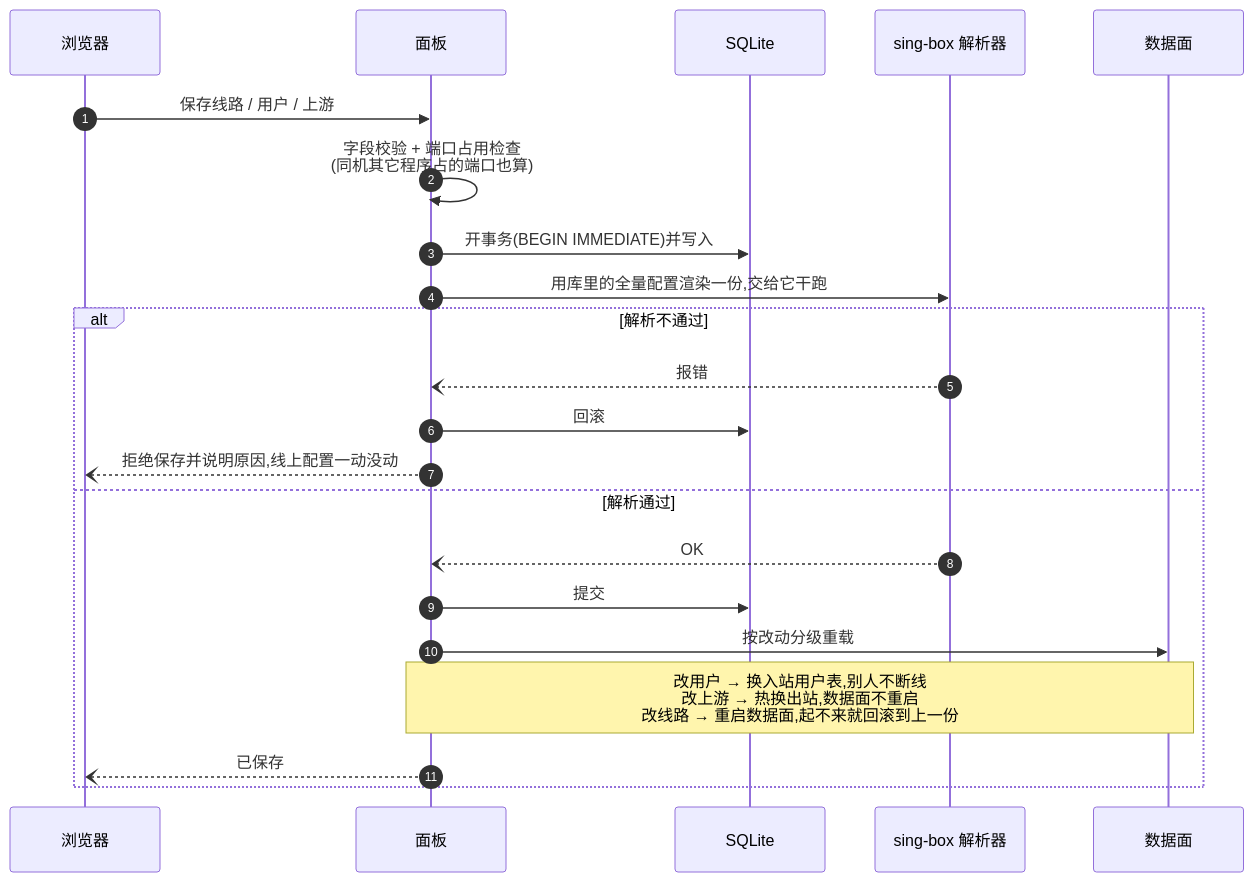
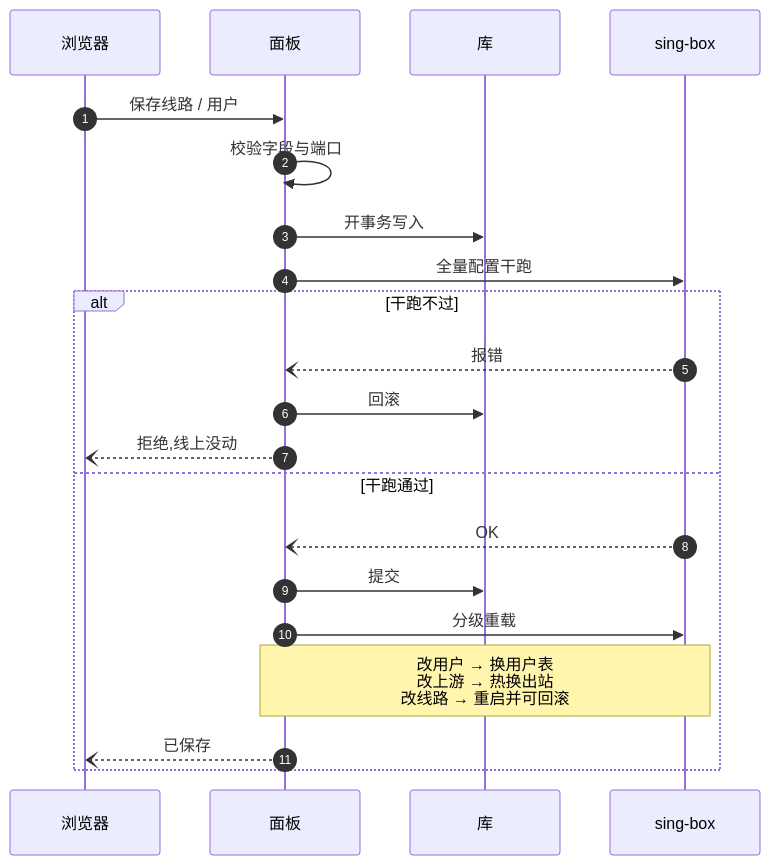
The second of 5 diagrams in README.md (Maoyangui/m-ui), drawn with Mermaid before and after one commit. The commit also changed other lines of this file and 1 other file, not shown here.

Commit message:
README 架构图重画:五张图在 GitHub 上原来有两张会被压到 67% 和 82%,文字跟着缩小到看不清 —— 图一从三列横排改成分层,图二把干跑用的解析器和运行中的数据面合成一个 sing-box(本来就是同一个),现在五张全部在正文宽度内按原尺寸渲染。配色改成每个节点都显式给底色与字色(深底白字、浅底近黑字),不再依赖主题默认值,GitHub 明暗两种主题下都够对比;去掉顺序图里那块近白色的 rect,它在深色模式下就是白底白字。内容一并更新:副机报告里加上上游巡检结果,数据模型标出分配可细到某台服务器、代理有用户数上限,后台节奏补上每小时清理日志与按设置巡检上游

````diff
--- a/README.md
+++ b/README.md
@@ -119,25 +124,24 @@
 ```mermaid
 sequenceDiagram
   autonumber
   participant B as 浏览器
   participant W as 面板
-  participant D as SQLite
-  participant V as sing-box 解析器
-  participant C as 数据面
+  participant D as 库
+  participant S as sing-box
 
-  B->>W: 保存线路 / 用户 / 上游
-  W->>W: 字段校验 + 端口占用检查<br/>(同机其它程序占的端口也算)
-  W->>D: 开事务(BEGIN IMMEDIATE)并写入
-  W->>V: 用库里的全量配置渲染一份,交给它干跑
-  alt 解析不通过
-    V--)W: 报错
+  B->>W: 保存线路 / 用户
+  W->>W: 校验字段与端口
+  W->>D: 开事务写入
+  W->>S: 全量配置干跑
+  alt 干跑不过
+    S--)W: 报错
     W->>D: 回滚
-    W--)B: 拒绝保存并说明原因,线上配置一动没动
-  else 解析通过
-    V--)W: OK
+    W--)B: 拒绝,线上没动
+  else 干跑通过
+    S--)W: OK
     W->>D: 提交
-    W->>C: 按改动分级重载
-    Note over W,C: 改用户 → 换入站用户表,别人不断线<br/>改上游 → 热换出站,数据面不重启<br/>改线路 → 重启数据面,起不来就回滚到上一份
+    W->>S: 分级重载
+    Note over W,S: 改用户 → 换用户表<br/>改上游 → 热换出站<br/>改线路 → 重启并可回滚
     W--)B: 已保存
   end
 ```
````
